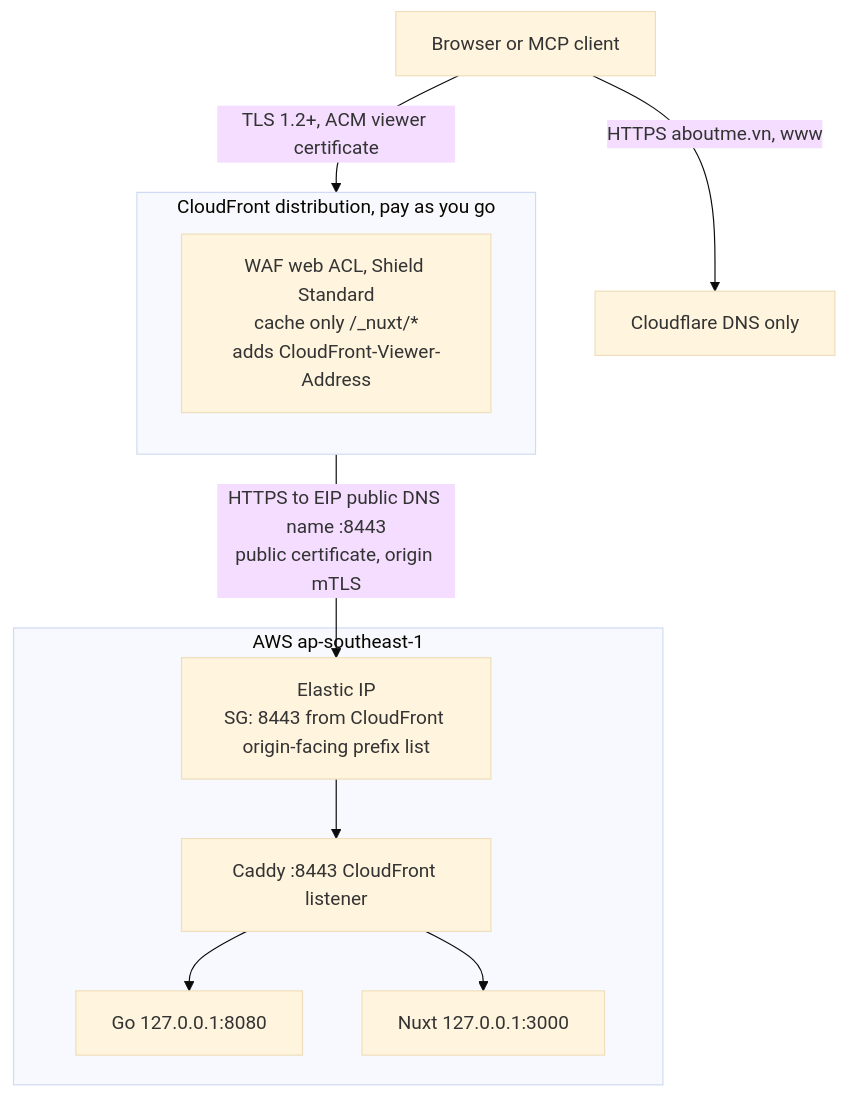
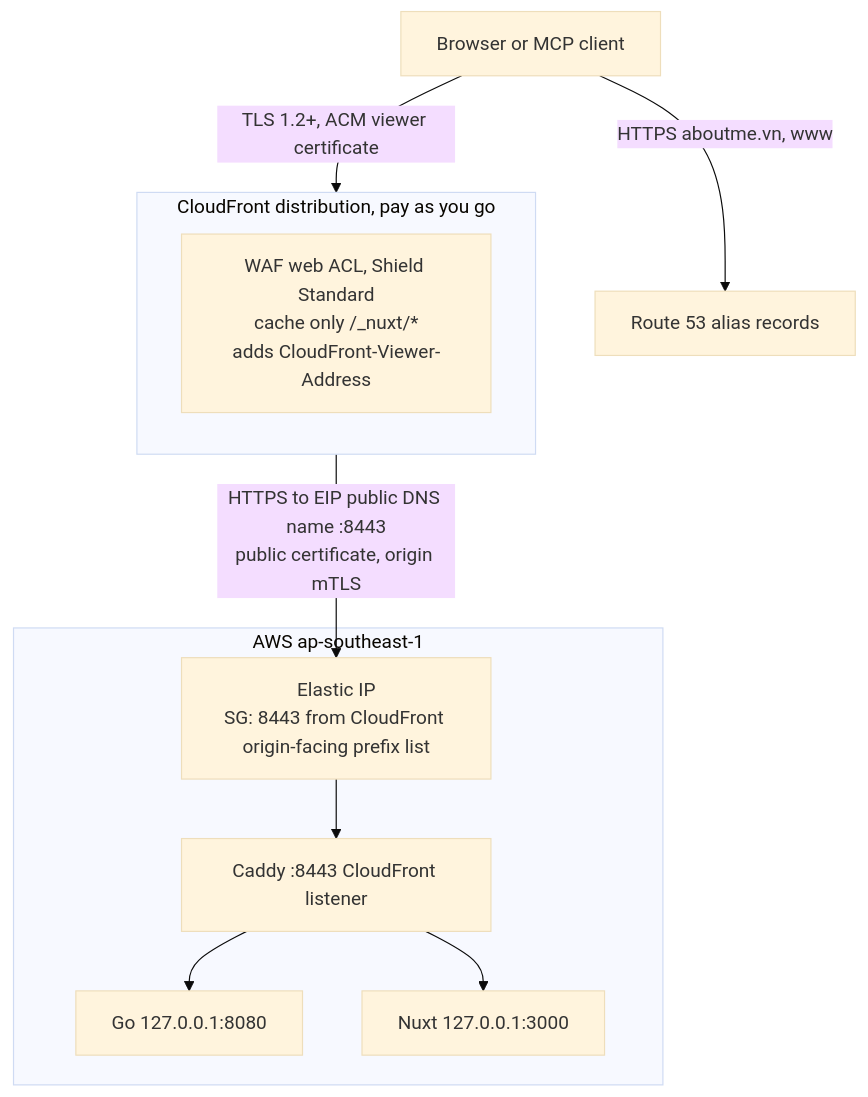
The diagram in docs/design/cloudfront-edge.md (dannyota/aboutme), drawn with Mermaid (base theme) before and after one commit. The commit also changed other lines of this file and 4 other files, not shown here.

Commit message:
docs: record the move of production DNS to Route 53

````diff
--- a/docs/design/cloudfront-edge.md
+++ b/docs/design/cloudfront-edge.md
@@ -30,15 +30,15 @@
 ```mermaid
 flowchart TD
-  U[Browser or MCP client] -->|HTTPS aboutme.vn, www| DNS[Cloudflare DNS only]
+  U[Browser or MCP client] -->|HTTPS aboutme.vn, www| DNS[Route 53 alias records]
   U -->|TLS 1.2+, ACM viewer certificate| CF
   subgraph CF[CloudFront distribution, pay as you go]
     E[WAF web ACL, Shield Standard<br/>cache only /_nuxt/*<br/>adds CloudFront-Viewer-Address]
   end
   CF -->|HTTPS to EIP public DNS name :8443<br/>public certificate, origin mTLS| SG
   subgraph AWS[AWS ap-southeast-1]
     SG[Elastic IP<br/>SG: 8443 from CloudFront origin-facing prefix list]
     SG --> C[Caddy :8443 CloudFront listener]
     C --> G[Go 127.0.0.1:8080]
     C --> N[Nuxt 127.0.0.1:3000]
   end
 ```
````
